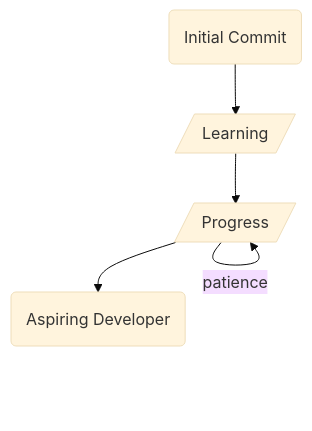
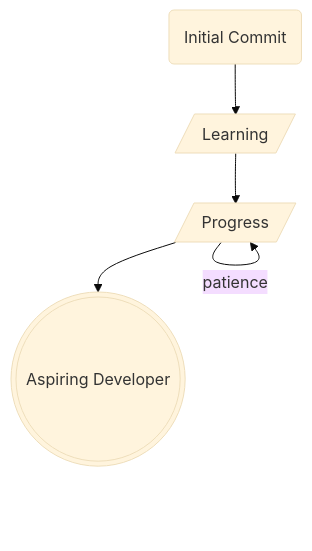
Before and after one commit to bisw4sh/Front-End-Practice: the diagram in README.md, drawn with Mermaid (base theme).

Commit message:
readme updated

````diff
--- a/README.md
+++ b/README.md
@@ -3,10 +3,10 @@
 ```mermaid
 graph TD;
     A(Initial Commit)-->B[/Learning/];
     B --> progress[/Progress/]
     progress --again-->
     progress --recurring process-->
     progress --failed attempts-->
     progress --patience-->
-    progress-->E(Aspiring Developer)
+    progress-->E(((Aspiring Developer)))
 ```
````
